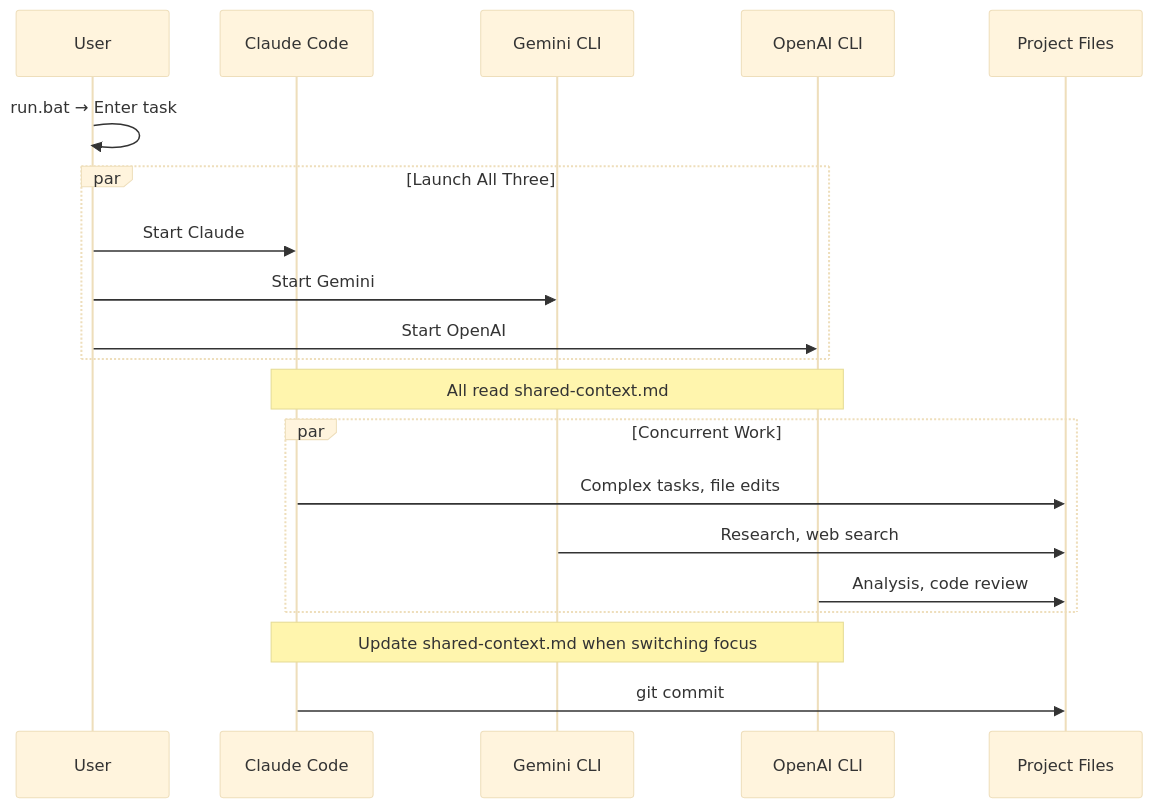
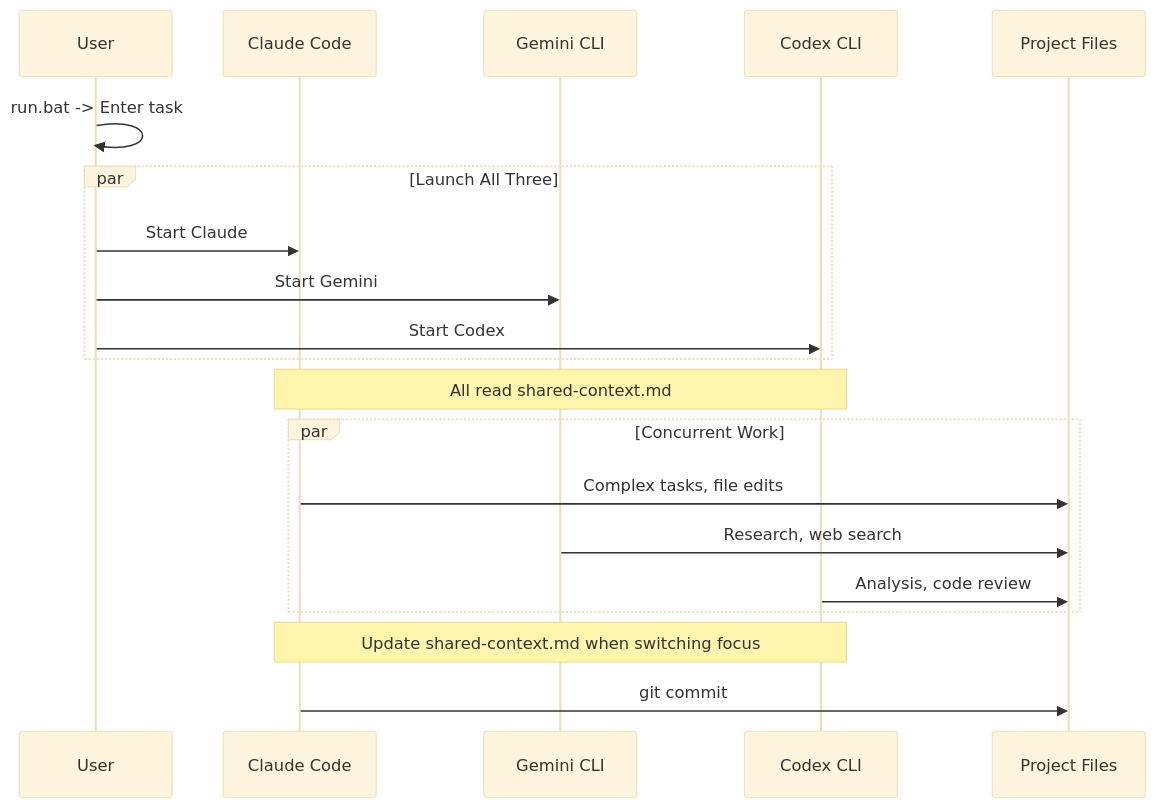
Before and after one commit to zturner1/zturner1-3model-concurrent-workflow: the second of 3 diagrams in docs/diagram.md, drawn with Mermaid (base theme). The commit also changed other lines of this file and 56 other files, not shown here.

````diff
--- a/docs/diagram.md
+++ b/docs/diagram.md
@@ -46,28 +80,28 @@
 ```mermaid
 sequenceDiagram
     participant U as User
     participant C as Claude Code
     participant G as Gemini CLI
-    participant O as OpenAI CLI
+    participant O as Codex CLI
     participant F as Project Files
 
-    U->>U: run.bat → Enter task
+    U->>U: run.bat -> Enter task
 
     par Launch All Three
         U->>C: Start Claude
         U->>G: Start Gemini
-        U->>O: Start OpenAI
+        U->>O: Start Codex
     end
 
     Note over C,O: All read shared-context.md
 
     par Concurrent Work
         C->>F: Complex tasks, file edits
         G->>F: Research, web search
         O->>F: Analysis, code review
     end
 
     Note over C,O: Update shared-context.md when switching focus
 
     C->>F: git commit
 ```
````
